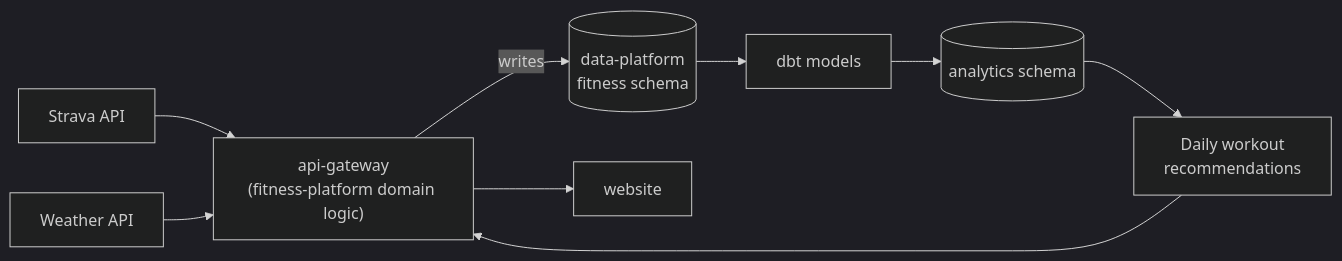
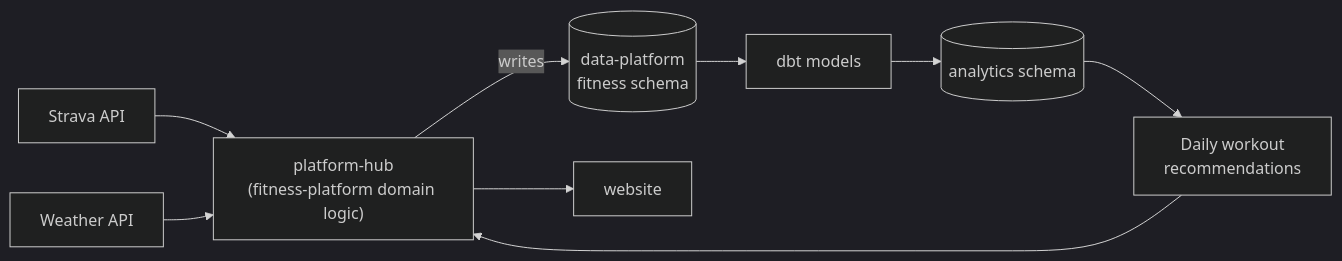
Before and after one commit to wm6000/website: the diagram in docs/diagrams/fitness.md, drawn with Mermaid (dark theme). The commit also changed 6 other files, not shown here.

First line of the commit message:
docs: add README template, website README, and recover platform-hub rename (#34)

````diff
--- a/docs/diagrams/fitness.md
+++ b/docs/diagrams/fitness.md
@@ -5,13 +5,13 @@
 ```mermaid
 flowchart LR
-    Strava["Strava API"] --> ApiGateway["api-gateway<br/>(fitness-platform domain logic)"]
-    WeatherAPI["Weather API"] --> ApiGateway
+    Strava["Strava API"] --> PlatformHub["platform-hub<br/>(fitness-platform domain logic)"]
+    WeatherAPI["Weather API"] --> PlatformHub
 
-    ApiGateway -- writes --> FitnessSchema[("data-platform<br/>fitness schema")]
+    PlatformHub -- writes --> FitnessSchema[("data-platform<br/>fitness schema")]
     FitnessSchema --> Dbt["dbt models"]
     Dbt --> Analytics[("analytics schema")]
 
     Analytics --> Recs["Daily workout<br/>recommendations"]
-    Recs --> ApiGateway
-    ApiGateway --> Website["website"]
+    Recs --> PlatformHub
+    PlatformHub --> Website["website"]
 ```
````
